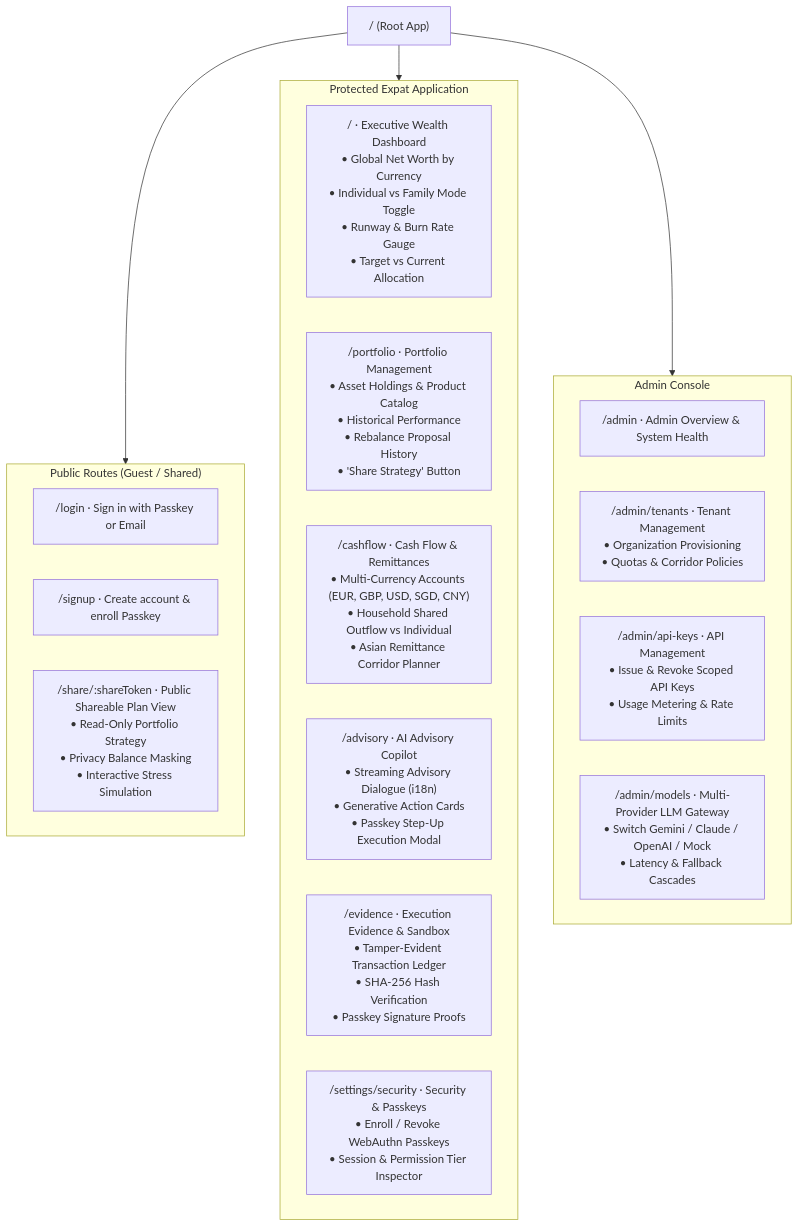
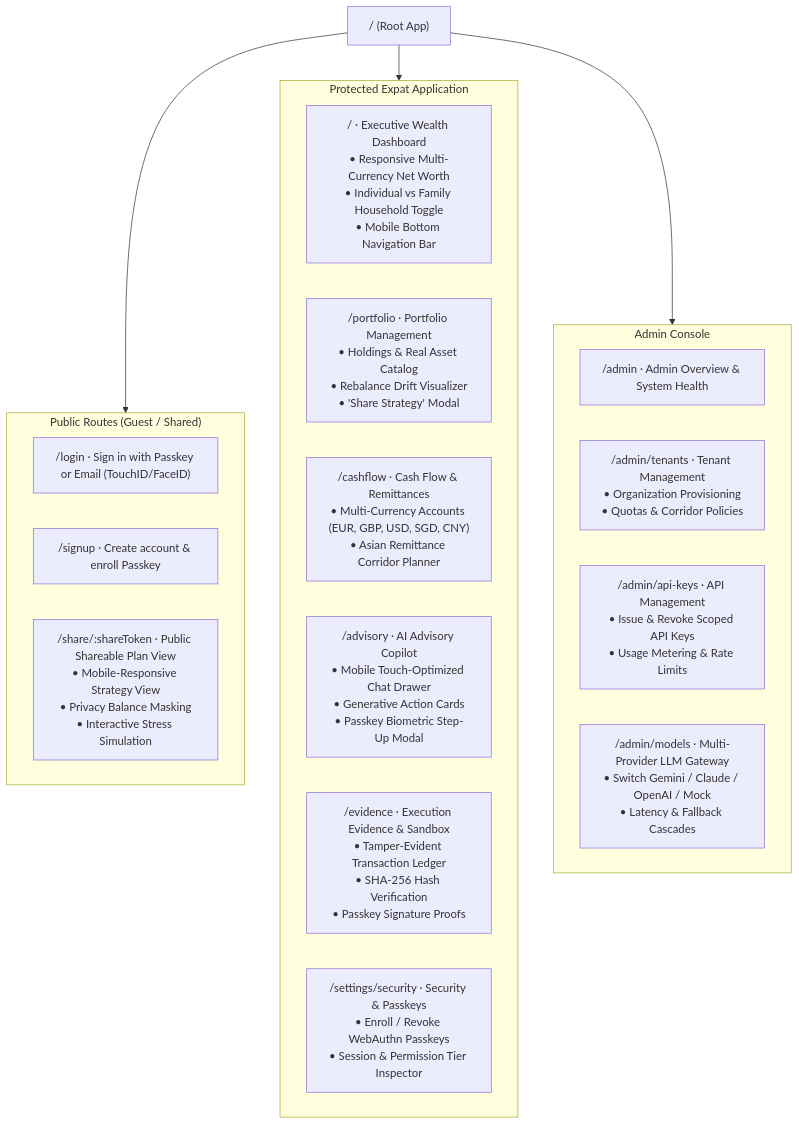
The second of 3 diagrams in IMPLEMENTATION_PLAN.md (Nikhil-Mundhra/Wealth-Advisor), drawn with Mermaid before and after one commit. The commit also changed other lines of this file, not shown here.

Commit message:
feat(plan): add mobile web viewport optimization and native android/ios deployment branch

````diff
--- a/IMPLEMENTATION_PLAN.md
+++ b/IMPLEMENTATION_PLAN.md
@@ -136,30 +170,30 @@
 ```mermaid
 flowchart TD
     Root["/ (Root App)"]
     
     subgraph PublicRoutes["Public Routes (Guest / Shared)"]
-        Login["/login · Sign in with Passkey or Email"]
+        Login["/login · Sign in with Passkey or Email (TouchID/FaceID)"]
         Signup["/signup · Create account & enroll Passkey"]
-        ShareView["/share/:shareToken · Public Shareable Plan View\n• Read-Only Portfolio Strategy\n• Privacy Balance Masking\n• Interactive Stress Simulation"]
+        ShareView["/share/:shareToken · Public Shareable Plan View\n• Mobile-Responsive Strategy View\n• Privacy Balance Masking\n• Interactive Stress Simulation"]
     end
 
     subgraph ProtectedRoutes["Protected Expat Application"]
-        Home["/ · Executive Wealth Dashboard\n• Global Net Worth by Currency\n• Individual vs Family Mode Toggle\n• Runway & Burn Rate Gauge\n• Target vs Current Allocation"]
-        Portfolio["/portfolio · Portfolio Management\n• Asset Holdings & Product Catalog\n• Historical Performance\n• Rebalance Proposal History\n• 'Share Strategy' Button"]
-        Cashflow["/cashflow · Cash Flow & Remittances\n• Multi-Currency Accounts (EUR, GBP, USD, SGD, CNY)\n• Household Shared Outflow vs Individual\n• Asian Remittance Corridor Planner"]
-        Advisory["/advisory · AI Advisory Copilot\n• Streaming Advisory Dialogue (i18n)\n• Generative Action Cards\n• Passkey Step-Up Execution Modal"]
+        Home["/ · Executive Wealth Dashboard\n• Responsive Multi-Currency Net Worth\n• Individual vs Family Household Toggle\n• Mobile Bottom Navigation Bar"]
+        Portfolio["/portfolio · Portfolio Management\n• Holdings & Real Asset Catalog\n• Rebalance Drift Visualizer\n• 'Share Strategy' Modal"]
+        Cashflow["/cashflow · Cash Flow & Remittances\n• Multi-Currency Accounts (EUR, GBP, USD, SGD, CNY)\n• Asian Remittance Corridor Planner"]
+        Advisory["/advisory · AI Advisory Copilot\n• Mobile Touch-Optimized Chat Drawer\n• Generative Action Cards\n• Passkey Biometric Step-Up Modal"]
         Evidence["/evidence · Execution Evidence & Sandbox\n• Tamper-Evident Transaction Ledger\n• SHA-256 Hash Verification\n• Passkey Signature Proofs"]
         SecuritySettings["/settings/security · Security & Passkeys\n• Enroll / Revoke WebAuthn Passkeys\n• Session & Permission Tier Inspector"]
     end
 
     subgraph AdminRoutes["Admin Console"]
         AdminDashboard["/admin · Admin Overview & System Health"]
         AdminTenants["/admin/tenants · Tenant Management\n• Organization Provisioning\n• Quotas & Corridor Policies"]
         AdminApiKeys["/admin/api-keys · API Management\n• Issue & Revoke Scoped API Keys\n• Usage Metering & Rate Limits"]
         AdminModels["/admin/models · Multi-Provider LLM Gateway\n• Switch Gemini / Claude / OpenAI / Mock\n• Latency & Fallback Cascades"]
     end
 
     Root --> PublicRoutes
     Root --> ProtectedRoutes
     Root --> AdminRoutes
 ```
````
